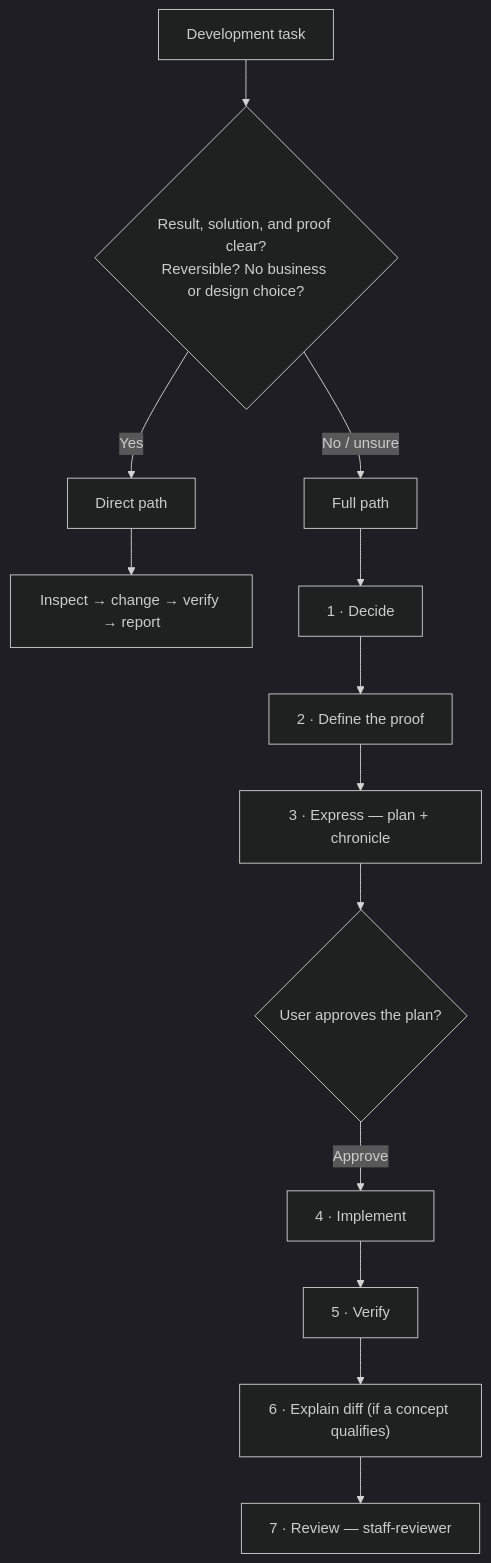
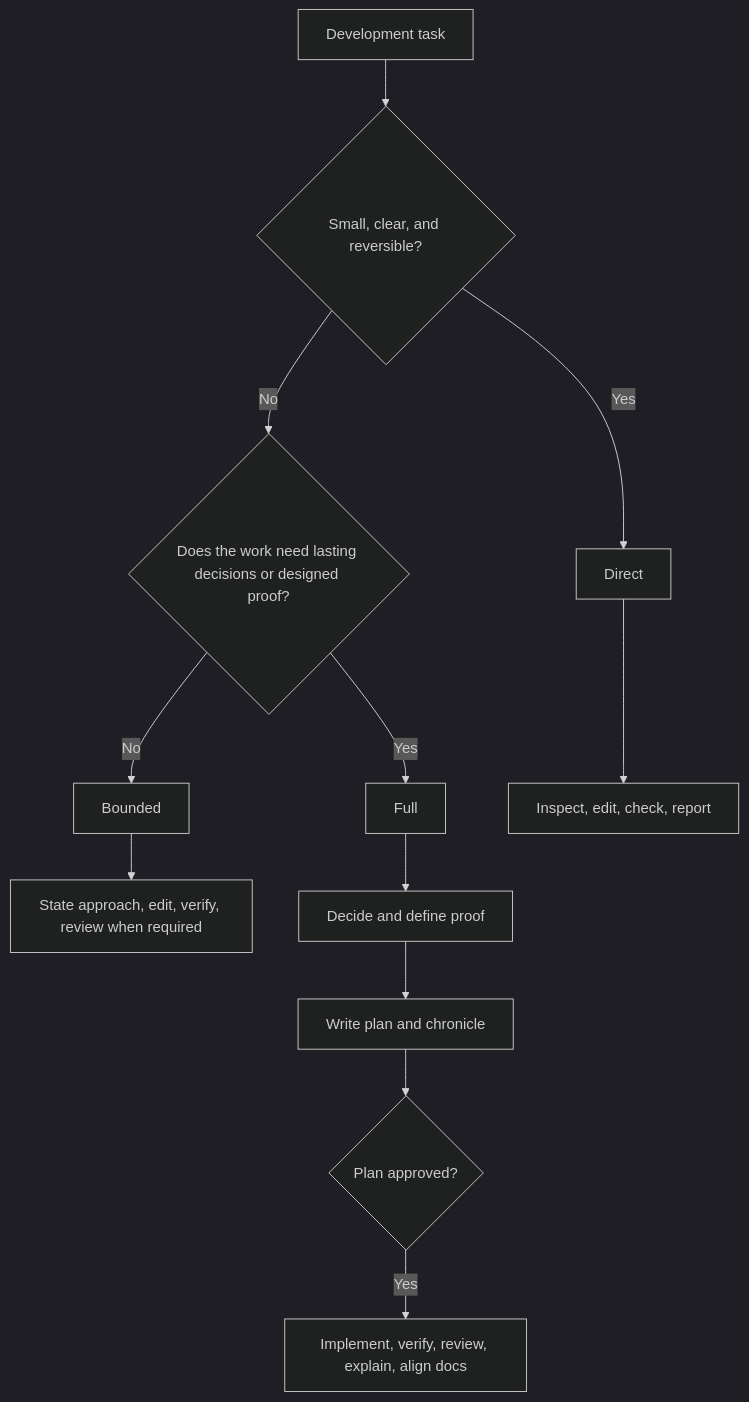
Before and after one commit to reidemeister94/development-skills: the diagram in docs/GUIDE.md, drawn with Mermaid (dark theme). The commit also changed other lines of this file and 65 other files, not shown here.

````diff
--- a/docs/GUIDE.md
+++ b/docs/GUIDE.md
@@ -16,15 +13,14 @@
 ```mermaid
 flowchart TD
-    T["Development task"] --> C{"Result, solution, and proof clear?<br/>Reversible? No business or design choice?"}
-    C -->|Yes| D["Direct path"]
-    C -->|"No / unsure"| F["Full path"]
-    D --> D1["Inspect → change → verify → report"]
-    F --> F1["1 · Decide"]
-    F1 --> F2["2 · Define the proof"]
-    F2 --> F3["3 · Express — plan + chronicle"]
-    F3 --> A{"User approves the plan?"}
-    A -->|Approve| F4["4 · Implement"]
-    F4 --> F5["5 · Verify"]
-    F5 --> F6["6 · Explain diff (if a concept qualifies)"]
-    F6 --> F7["7 · Review — staff-reviewer"]
+    T["Development task"] --> C{"Small, clear, and reversible?"}
+    C -->|Yes| D["Direct"]
+    C -->|No| B{"Does the work need lasting decisions or designed proof?"}
+    B -->|No| U["Bounded"]
+    B -->|Yes| F["Full"]
+    D --> D1["Inspect, edit, check, report"]
+    U --> U1["State approach, edit, verify, review when required"]
+    F --> F1["Decide and define proof"]
+    F1 --> F2["Write plan and chronicle"]
+    F2 --> A{"Plan approved?"}
+    A -->|Yes| F3["Implement, verify, review, explain, align docs"]
 ```
````
